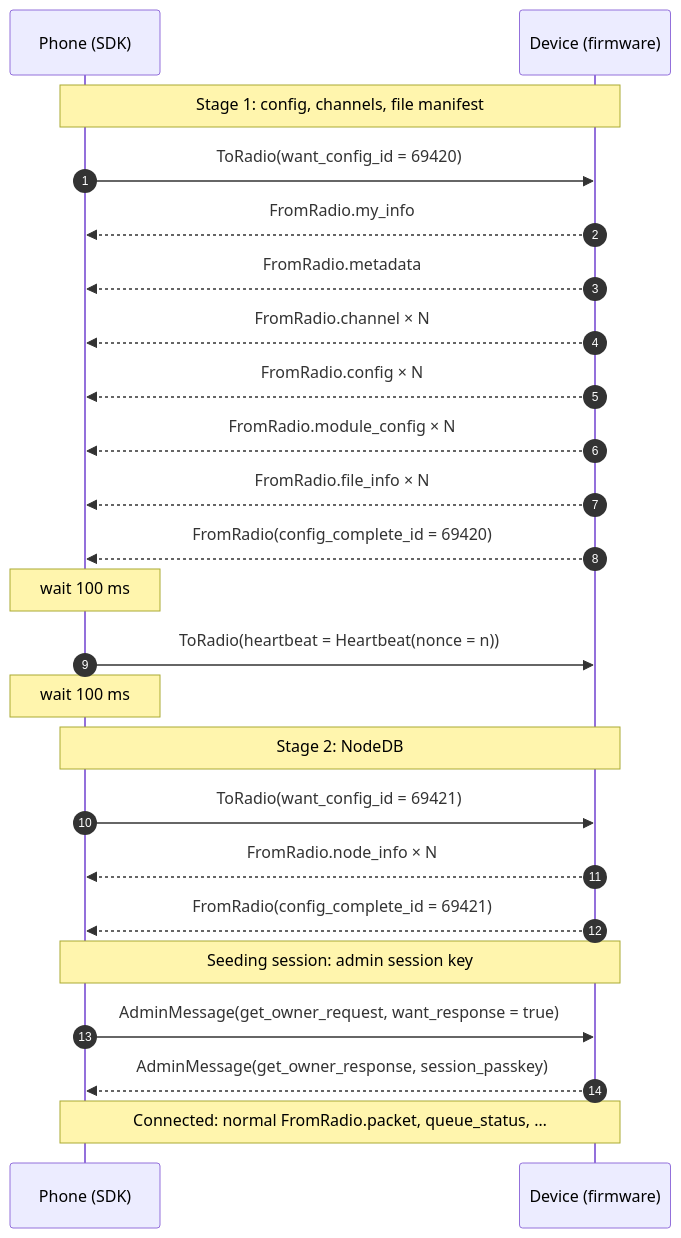
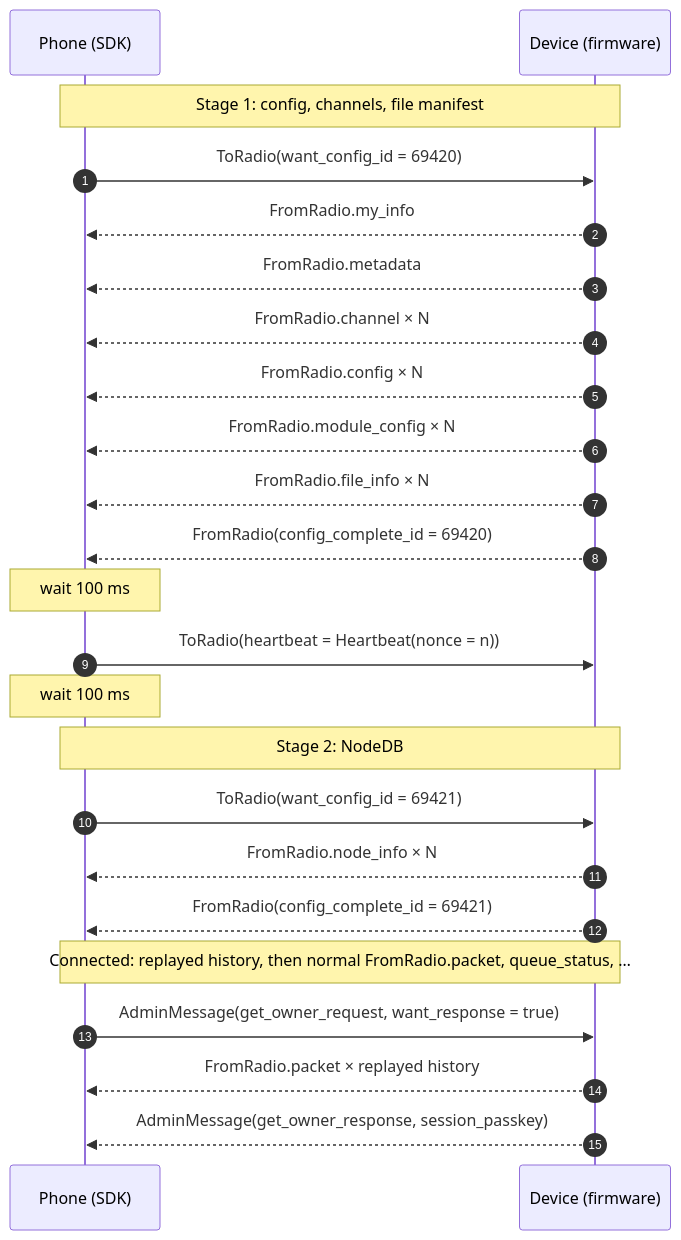
The diagram in docs/protocol.md (meshtastic/meshtastic-sdk), drawn with Mermaid before and after one commit. The commit also changed other lines of this file and 39 other files, not shown here.

First line of the commit message:
fix(core): handshake packet delivery and session robustness (#286)

````diff
--- a/docs/protocol.md
+++ b/docs/protocol.md
@@ -323,31 +323,30 @@
 ```mermaid
 sequenceDiagram
     autonumber
     participant Phone as Phone (SDK)
     participant Device as Device (firmware)
 
     Note over Phone,Device: Stage 1: config, channels, file manifest
     Phone->>Device: ToRadio(want_config_id = 69420)
     Device-->>Phone: FromRadio.my_info
     Device-->>Phone: FromRadio.metadata
     Device-->>Phone: FromRadio.channel × N
     Device-->>Phone: FromRadio.config × N
     Device-->>Phone: FromRadio.module_config × N
     Device-->>Phone: FromRadio.file_info × N
     Device-->>Phone: FromRadio(config_complete_id = 69420)
 
     Note over Phone: wait 100 ms
     Phone->>Device: ToRadio(heartbeat = Heartbeat(nonce = n))
     Note over Phone: wait 100 ms
 
     Note over Phone,Device: Stage 2: NodeDB
     Phone->>Device: ToRadio(want_config_id = 69421)
     Device-->>Phone: FromRadio.node_info × N
     Device-->>Phone: FromRadio(config_complete_id = 69421)
 
-    Note over Phone,Device: Seeding session: admin session key
+    Note over Phone,Device: Connected: replayed history, then normal FromRadio.packet, queue_status, …
     Phone->>Device: AdminMessage(get_owner_request, want_response = true)
+    Device-->>Phone: FromRadio.packet × replayed history
     Device-->>Phone: AdminMessage(get_owner_response, session_passkey)
-
-    Note over Phone,Device: Connected: normal FromRadio.packet, queue_status, …
 ```
````
